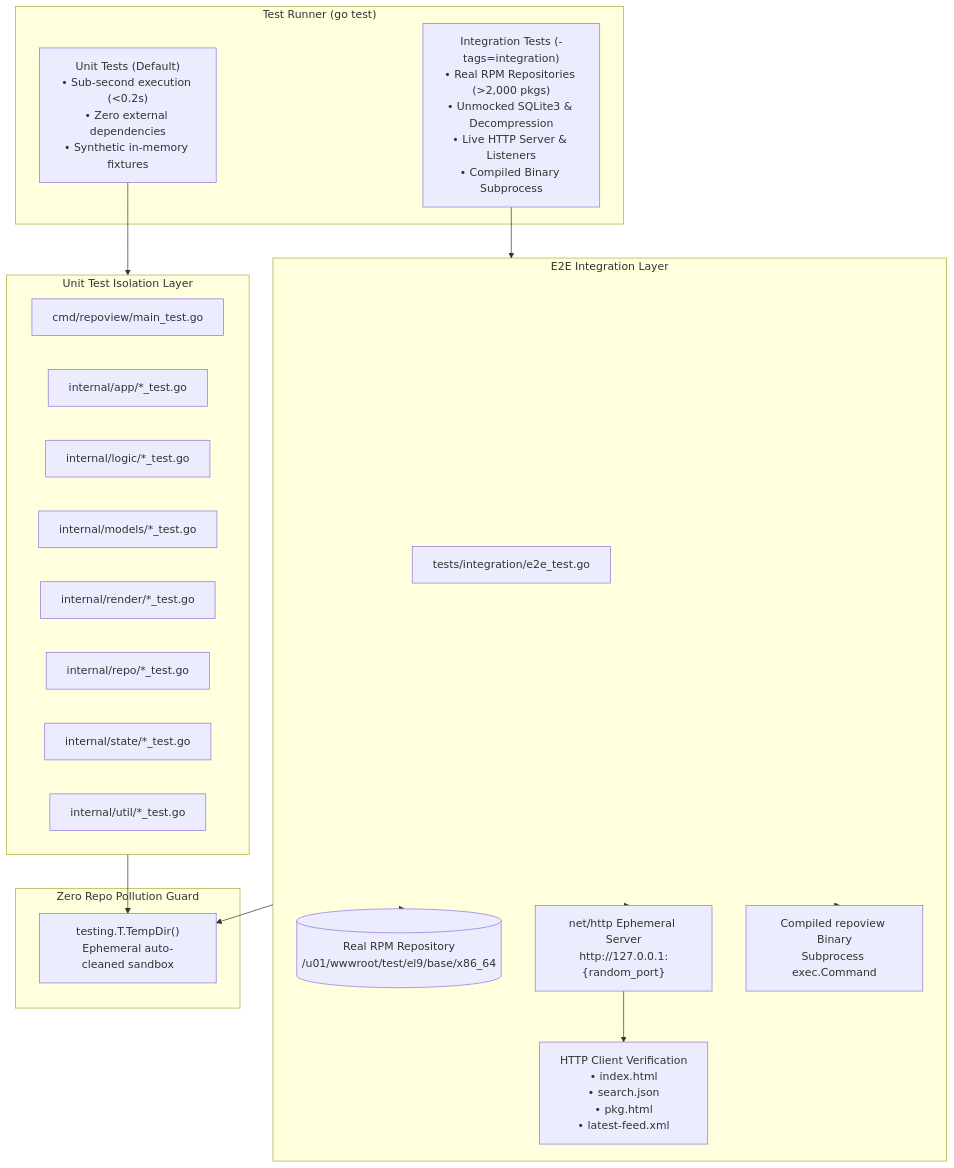
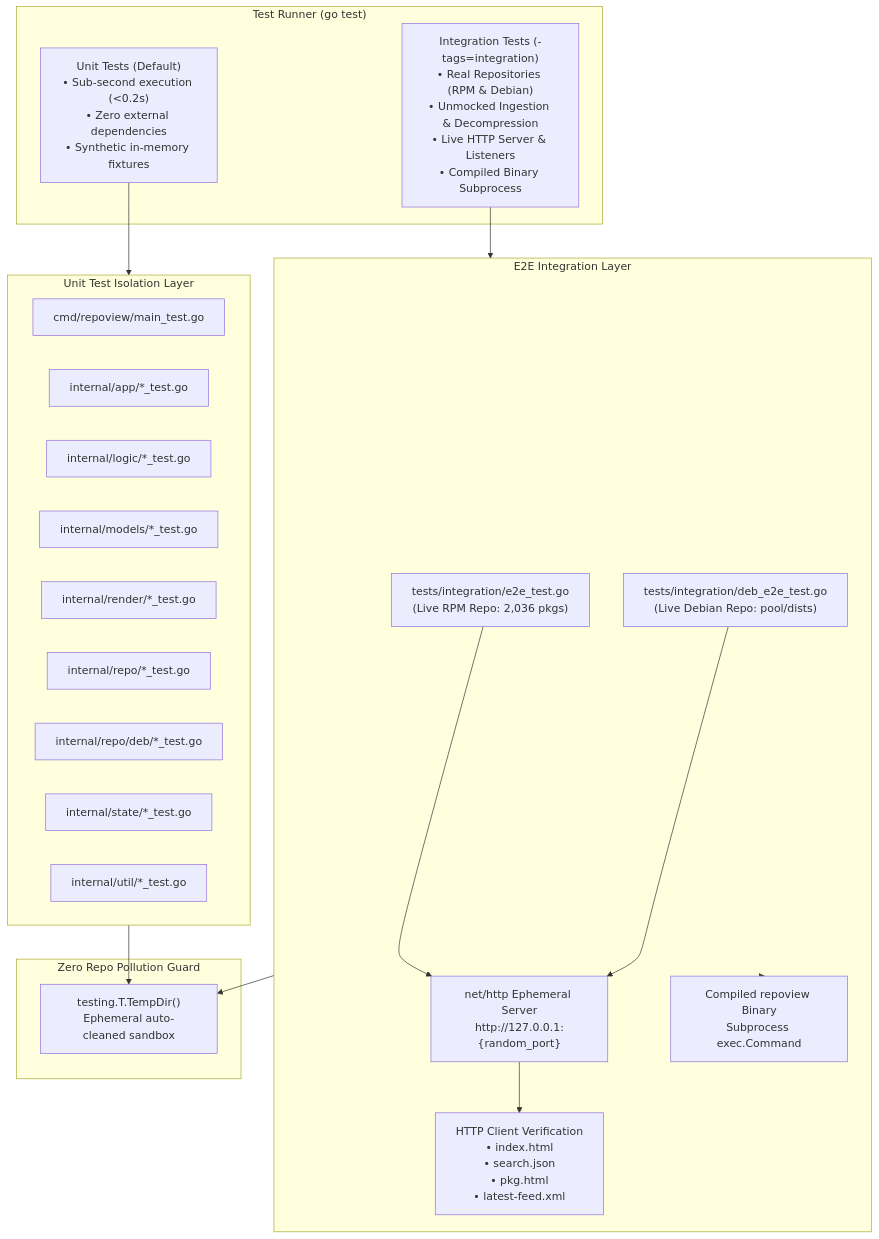
Before and after one commit to edsilegxrepo/repoview-go: the first of 2 diagrams in TESTING.md, drawn with Mermaid. The commit also changed other lines of this file and 53 other files, not shown here.

````diff
--- a/TESTING.md
+++ b/TESTING.md
@@ -51,39 +51,40 @@
 ```mermaid
 flowchart TB
     subgraph TestExecution["Test Runner (go test)"]
         UT["Unit Tests (Default)\n• Sub-second execution (&lt;0.2s)\n• Zero external dependencies\n• Synthetic in-memory fixtures"]
-        IT["Integration Tests (-tags=integration)\n• Real RPM Repositories (&gt;2,000 pkgs)\n• Unmocked SQLite3 & Decompression\n• Live HTTP Server & Listeners\n• Compiled Binary Subprocess"]
+        IT["Integration Tests (-tags=integration)\n• Real Repositories (RPM &amp; Debian)\n• Unmocked Ingestion &amp; Decompression\n• Live HTTP Server &amp; Listeners\n• Compiled Binary Subprocess"]
     end
 
     subgraph UnitLayer["Unit Test Isolation Layer"]
         CLI_T["cmd/repoview/main_test.go"]
         APP_T["internal/app/*_test.go"]
         LOGIC_T["internal/logic/*_test.go"]
         MODELS_T["internal/models/*_test.go"]
         RENDER_T["internal/render/*_test.go"]
         REPO_T["internal/repo/*_test.go"]
+        DEB_T["internal/repo/deb/*_test.go"]
         STATE_T["internal/state/*_test.go"]
         UTIL_T["internal/util/*_test.go"]
     end
 
     subgraph IntegrationLayer["E2E Integration Layer"]
-        E2E["tests/integration/e2e_test.go"]
-        REAL_REPO[("Real RPM Repository\n/u01/wwwroot/test/el9/base/x86_64")]
+        RPM_E2E["tests/integration/e2e_test.go\n(Live RPM Repo: 2,036 pkgs)"]
+        DEB_E2E["tests/integration/deb_e2e_test.go\n(Live Debian Repo: pool/dists)"]
         EPHEMERAL_HTTP["net/http Ephemeral Server\nhttp://127.0.0.1:{random_port}"]
         HTTP_CLIENT["HTTP Client Verification\n• index.html\n• search.json\n• pkg.html\n• latest-feed.xml"]
         CLI_BIN["Compiled repoview Binary\nSubprocess exec.Command"]
     end
 
     subgraph Safety["Zero Repo Pollution Guard"]
         TDIR["testing.T.TempDir()\nEphemeral auto-cleaned sandbox"]
     end
 
     UT --> UnitLayer
     IT --> IntegrationLayer
 
     UnitLayer --> TDIR
     IntegrationLayer --> TDIR
-    IntegrationLayer --> REAL_REPO
-    IntegrationLayer --> EPHEMERAL_HTTP --> HTTP_CLIENT
+    RPM_E2E --> EPHEMERAL_HTTP --> HTTP_CLIENT
+    DEB_E2E --> EPHEMERAL_HTTP
     IntegrationLayer --> CLI_BIN
 ```
````
